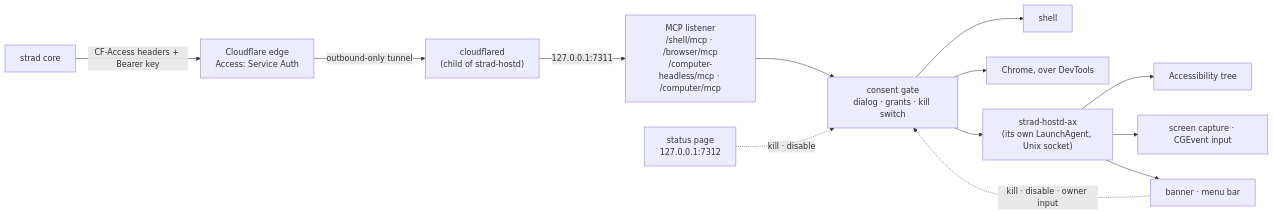
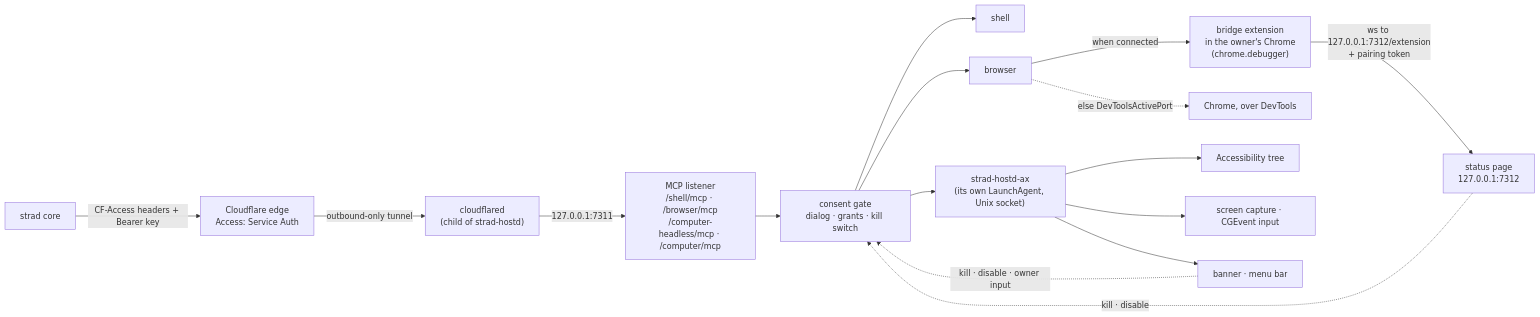
Before and after one commit to tadasant/strad: the diagram in docs/src/content/docs/servers/hostd.md, drawn with Mermaid. The commit also changed other lines of this file and 32 other files, not shown here.

````diff
--- a/docs/src/content/docs/servers/hostd.md
+++ b/docs/src/content/docs/servers/hostd.md
@@ -15,15 +15,18 @@
 ```mermaid
 flowchart LR
   S["strad core"] -->|"CF-Access headers + Bearer key"| E["Cloudflare edge<br/>Access: Service Auth"]
   E -->|"outbound-only tunnel"| C["cloudflared<br/>(child of strad-hostd)"]
   C -->|"127.0.0.1:7311"| M["MCP listener<br/>/shell/mcp · /browser/mcp<br/>/computer-headless/mcp · /computer/mcp"]
   M --> G["consent gate<br/>dialog · grants · kill switch"]
   G --> SH["shell"]
-  G --> BR["Chrome, over DevTools"]
+  G --> BR["browser"]
+  BR -->|"when connected"| EXT["bridge extension<br/>in the owner's Chrome<br/>(chrome.debugger)"]
+  BR -.->|"else DevToolsActivePort"| CH["Chrome, over DevTools"]
+  EXT -->|"ws to 127.0.0.1:7312/extension<br/>+ pairing token"| P
   G --> AX["strad-hostd-ax<br/>(its own LaunchAgent, Unix socket)"]
   AX --> ACC["Accessibility tree"]
   AX --> CG["screen capture · CGEvent input"]
   AX --> BN["banner · menu bar"]
   P["status page<br/>127.0.0.1:7312"] -.->|"kill · disable"| G
   BN -.->|"kill · disable · owner input"| G
 ```
````
